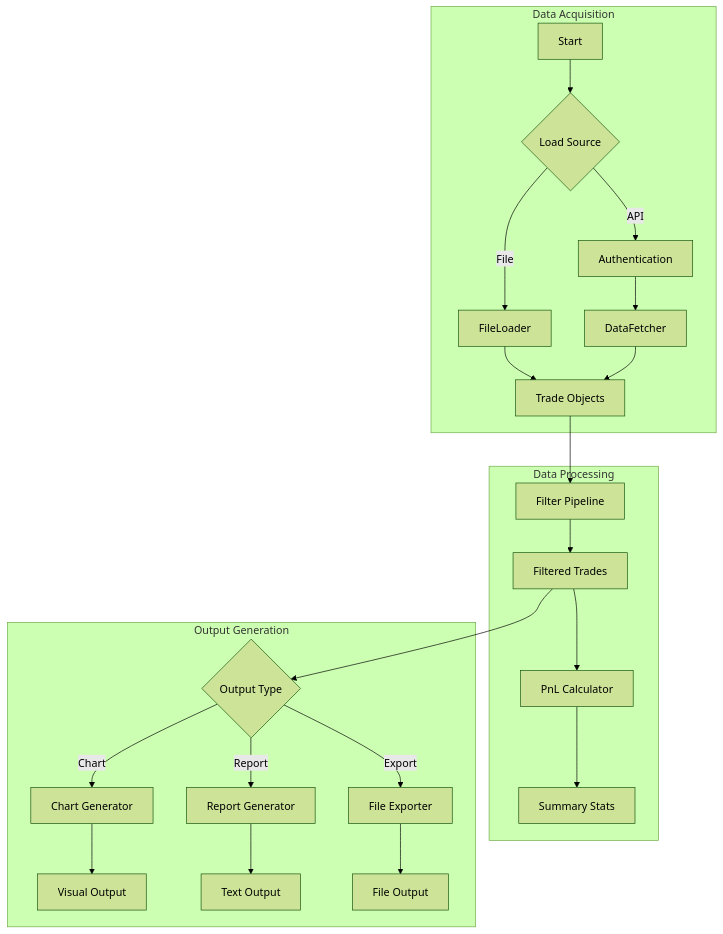
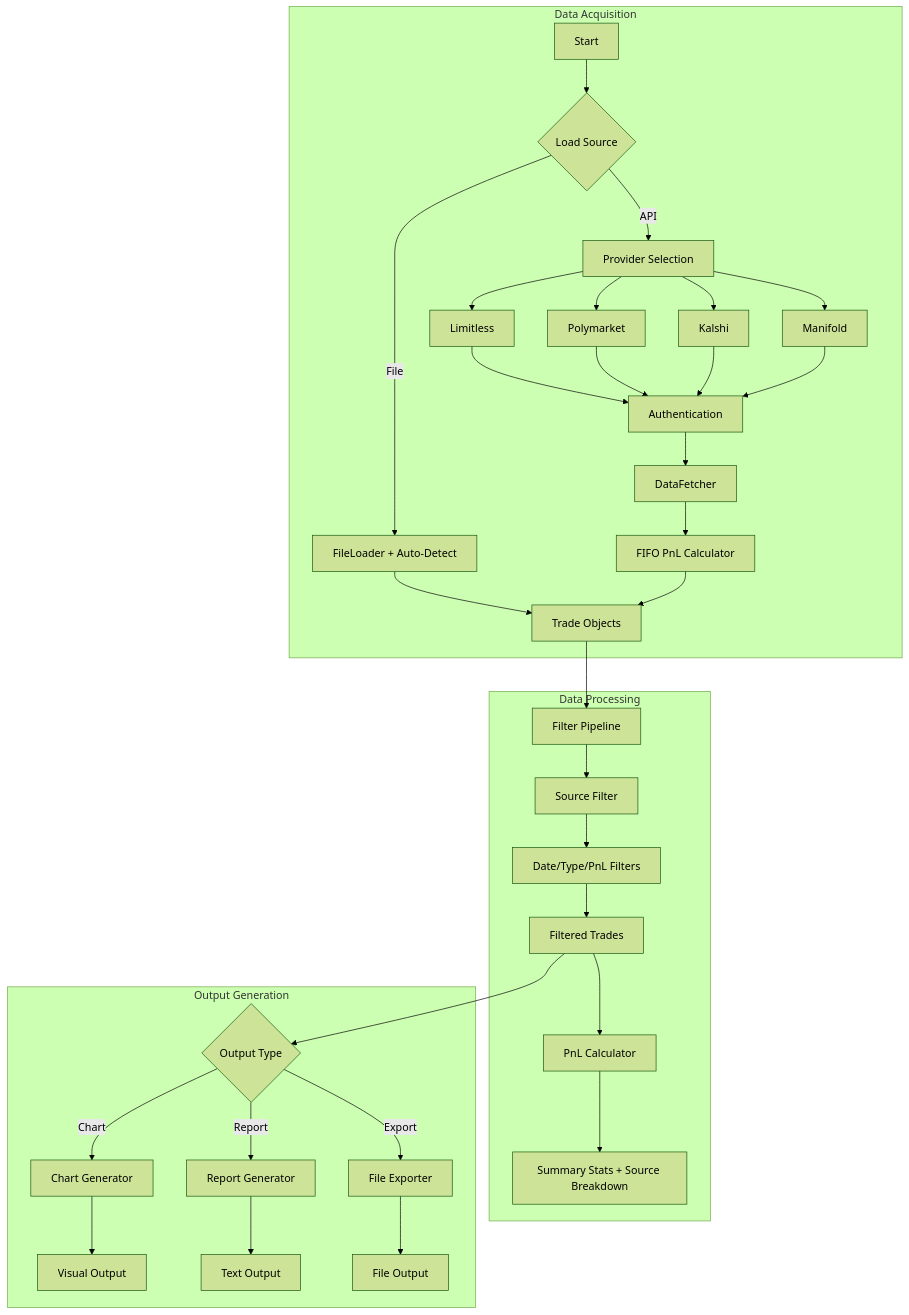
One commit to Frostbite1536/Prediction_Analyzer changed diagram 13 of 13 in docs/STATE_MACHINE_DIAGRAMS.md. Above: the diagram before and after it, drawn with Mermaid (forest theme). The commit also changed other lines of this file and 6 other files, not shown here.

````diff
--- a/docs/STATE_MACHINE_DIAGRAMS.md
+++ b/docs/STATE_MACHINE_DIAGRAMS.md
@@ -474,28 +647,39 @@
 ```mermaid
 flowchart TB
     subgraph "Data Acquisition"
         A[Start] --> B{Load Source}
-        B -->|File| C[FileLoader]
-        B -->|API| D[Authentication]
-        D --> E[DataFetcher]
-        C --> F[Trade Objects]
-        E --> F
+        B -->|File| C[FileLoader + Auto-Detect]
+        B -->|API| D[Provider Selection]
+        D --> D1[Limitless]
+        D --> D2[Polymarket]
+        D --> D3[Kalshi]
+        D --> D4[Manifold]
+        D1 --> E[Authentication]
+        D2 --> E
+        D3 --> E
+        D4 --> E
+        E --> F[DataFetcher]
+        C --> G[Trade Objects]
+        F --> FIFO[FIFO PnL Calculator]
+        FIFO --> G
     end
 
     subgraph "Data Processing"
-        F --> G[Filter Pipeline]
-        G --> H[Filtered Trades]
-        H --> I[PnL Calculator]
-        I --> J[Summary Stats]
+        G --> H[Filter Pipeline]
+        H --> H1[Source Filter]
+        H1 --> H2[Date/Type/PnL Filters]
+        H2 --> I[Filtered Trades]
+        I --> J[PnL Calculator]
+        J --> K[Summary Stats + Source Breakdown]
     end
 
     subgraph "Output Generation"
-        H --> K{Output Type}
-        K -->|Chart| L[Chart Generator]
-        K -->|Report| M[Report Generator]
-        K -->|Export| N[File Exporter]
-        L --> O[Visual Output]
-        M --> P[Text Output]
-        N --> Q[File Output]
+        I --> L{Output Type}
+        L -->|Chart| M[Chart Generator]
+        L -->|Report| N[Report Generator]
+        L -->|Export| O[File Exporter]
+        M --> P[Visual Output]
+        N --> Q[Text Output]
+        O --> R[File Output]
     end
 ```
````
